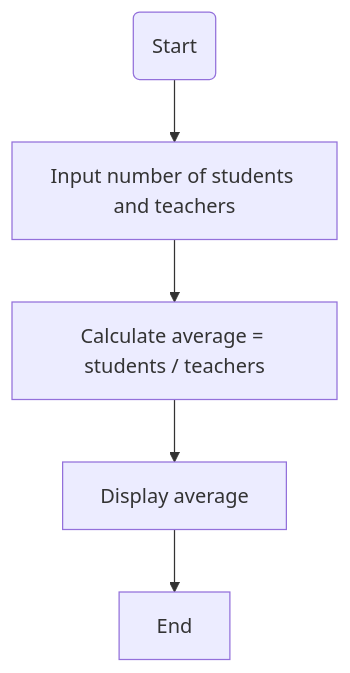
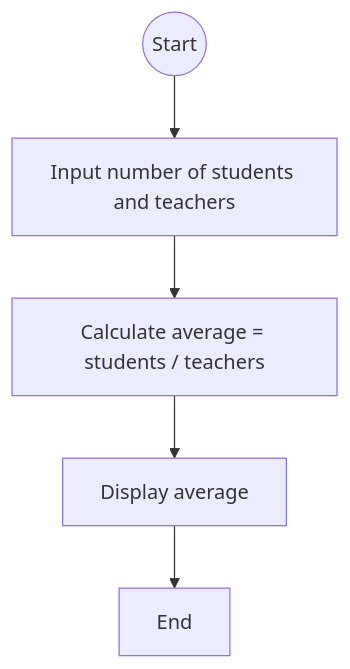
Before and after one commit to zmef/cplusplus: the diagram in EX1.md, drawn with Mermaid.

````diff
--- a/EX1.md
+++ b/EX1.md
@@ -1,7 +1,7 @@
 ```mermaid
 flowchart TD;
-    A(Start) --> B[Input number of students and teachers];
+    A((Start)) --> B[Input number of students and teachers];
     B --> C[Calculate average = students / teachers];
     C --> D[Display average];
     D --> E[End];
 ```
````
